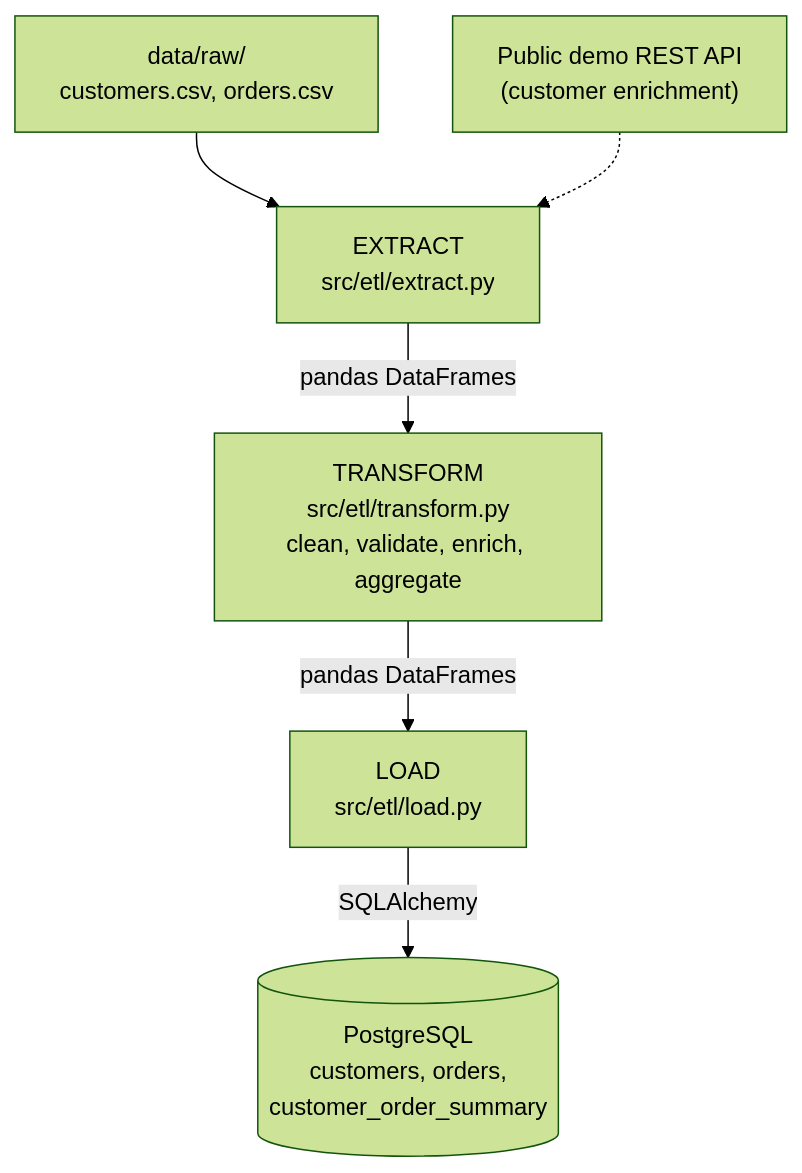
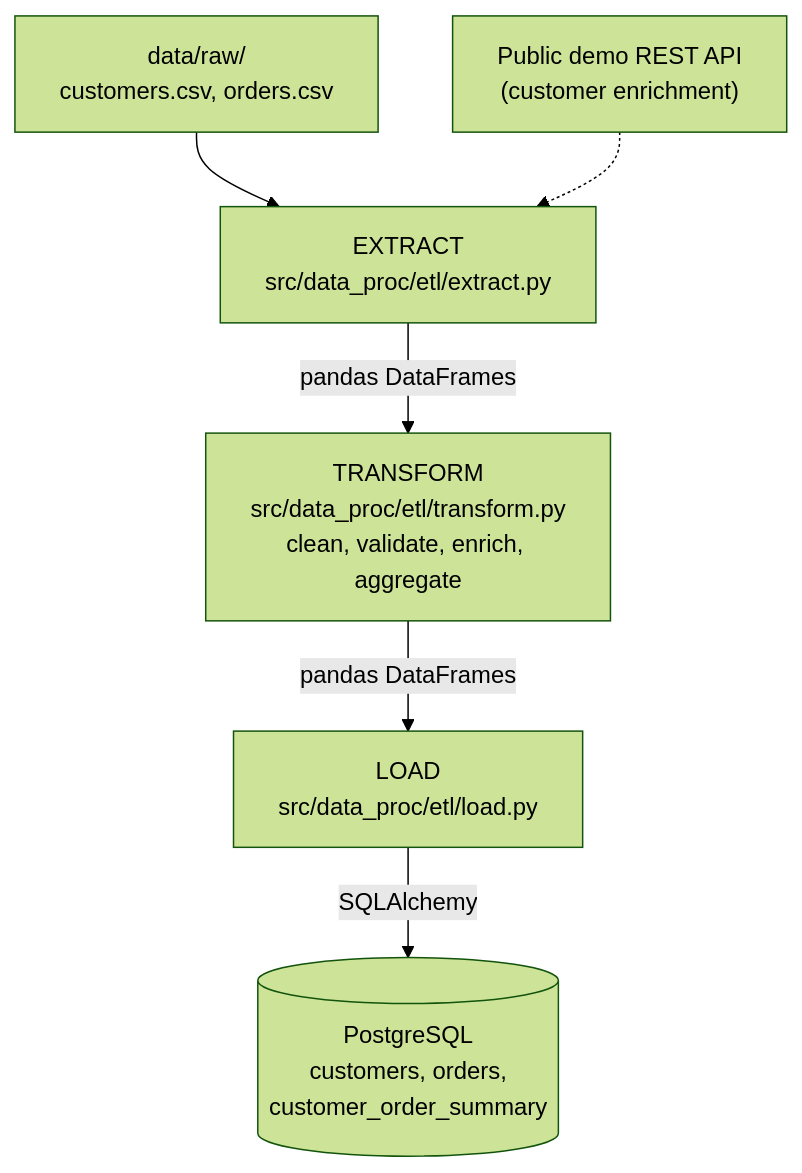
Before and after one commit to mahfooziiitian/data-processing: the diagram in docs/explanation/architecture.md, drawn with Mermaid (forest theme). The commit also changed other lines of this file and 24 other files, not shown here.

First line of the commit message:
Move application code into a proper src-layout data_proc package

````diff
--- a/docs/explanation/architecture.md
+++ b/docs/explanation/architecture.md
@@ -56,15 +56,15 @@
 ```mermaid
 flowchart TB
     raw["data/raw/\ncustomers.csv, orders.csv"]
     api["Public demo REST API\n(customer enrichment)"]
-    extract["EXTRACT\nsrc/etl/extract.py"]
-    transform["TRANSFORM\nsrc/etl/transform.py\nclean, validate, enrich, aggregate"]
-    load["LOAD\nsrc/etl/load.py"]
+    extract["EXTRACT\nsrc/data_proc/etl/extract.py"]
+    transform["TRANSFORM\nsrc/data_proc/etl/transform.py\nclean, validate, enrich, aggregate"]
+    load["LOAD\nsrc/data_proc/etl/load.py"]
     db[("PostgreSQL\ncustomers, orders,\ncustomer_order_summary")]
 
     raw --> extract
     api -.-> extract
     extract -->|pandas DataFrames| transform
     transform -->|pandas DataFrames| load
     load -->|SQLAlchemy| db
 ```
````
